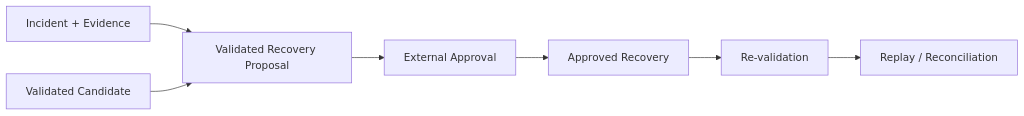
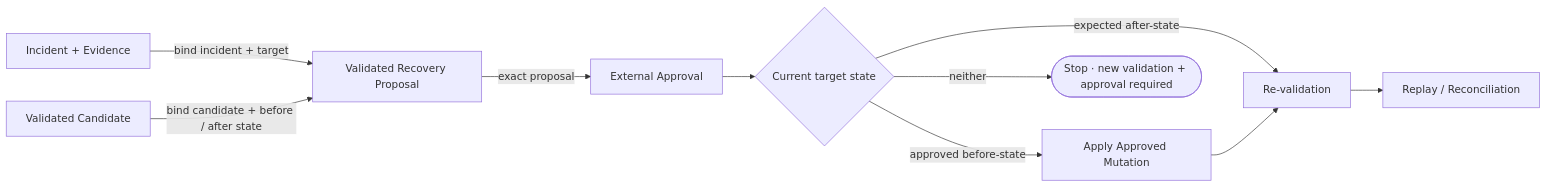
One commit to mols3131d/hmda-data-reliability changed the second of 2 diagrams in docs/domains/reliability.md. Above: the diagram before and after it, drawn with Mermaid. The commit also changed other lines of this file, not shown here.

Commit message:
docs: improve reliability Mermaid lifecycle

````diff
--- a/docs/domains/reliability.md
+++ b/docs/domains/reliability.md
@@ -35,9 +45,13 @@
 ```mermaid
 flowchart LR
-    incident["Incident + Evidence"] --> proposal["Validated Recovery Proposal"]
-    candidate["Validated Candidate"] --> proposal
-    proposal --> approval["External Approval"]
-    approval --> recovery["Approved Recovery"]
-    recovery --> verify["Re-validation"]
-    verify --> replay["Replay / Reconciliation"]
+    incident["Incident + Evidence"] -->|bind incident + target| proposal["Validated Recovery Proposal"]
+    candidate["Validated Candidate"] -->|bind candidate + before / after state| proposal
+    proposal -->|exact proposal| approval["External Approval"]
+    approval --> gate{"Current target state"}
+
+    gate -->|approved before-state| recovery["Apply Approved Mutation"]
+    gate -->|expected after-state| verify["Re-validation"]
+    gate -->|neither| stop(["Stop · new validation + approval required"])
+
+    recovery --> verify --> replay["Replay / Reconciliation"]
 ```
````
